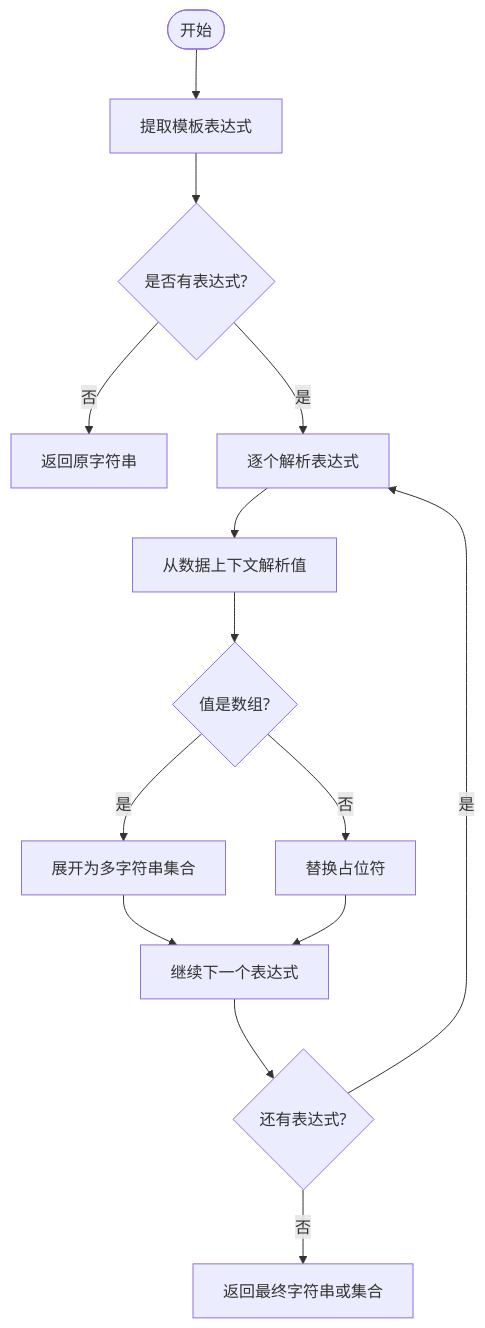
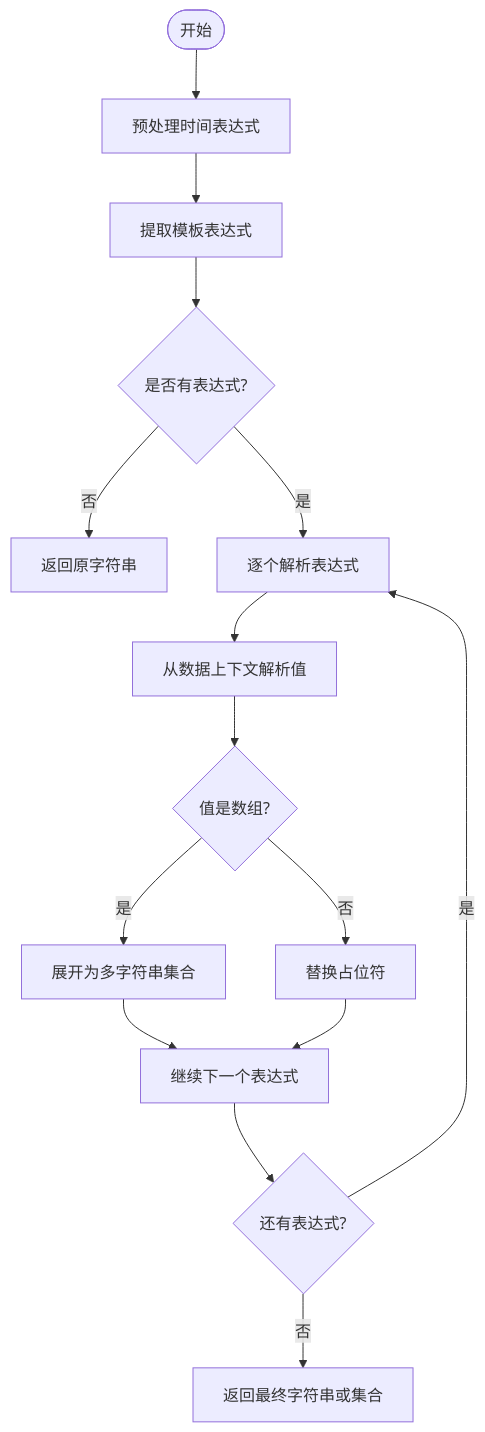
Before and after one commit to Sosososolong/AirGo: the fourth of 8 diagrams in .qoder/repowiki/zh/content/模板引擎系统/模板引擎系统.md, drawn with Mermaid. The commit also changed other lines of this file and 15 other files, not shown here.

````diff
--- a/.qoder/repowiki/zh/content/模板引擎系统/模板引擎系统.md
+++ b/.qoder/repowiki/zh/content/模板引擎系统/模板引擎系统.md
@@ -143,16 +191,17 @@
 ```mermaid
 flowchart TD
-Start(["开始"]) --> Extract["提取模板表达式"]
+Start(["开始"]) --> TimeExpr["预处理时间表达式"]
+TimeExpr --> Extract["提取模板表达式"]
 Extract --> HasExpr{"是否有表达式?"}
 HasExpr --> |否| ReturnStr["返回原字符串"]
 HasExpr --> |是| ForEach["逐个解析表达式"]
 ForEach --> Resolve["从数据上下文解析值"]
 Resolve --> IsArray{"值是数组?"}
 IsArray --> |是| Expand["展开为多字符串集合"]
 IsArray --> |否| Replace["替换占位符"]
 Expand --> Next["继续下一个表达式"]
 Replace --> Next
 Next --> Done{"还有表达式?"}
 Done --> |是| ForEach
 Done --> |否| Final["返回最终字符串或集合"]
 ```
````
